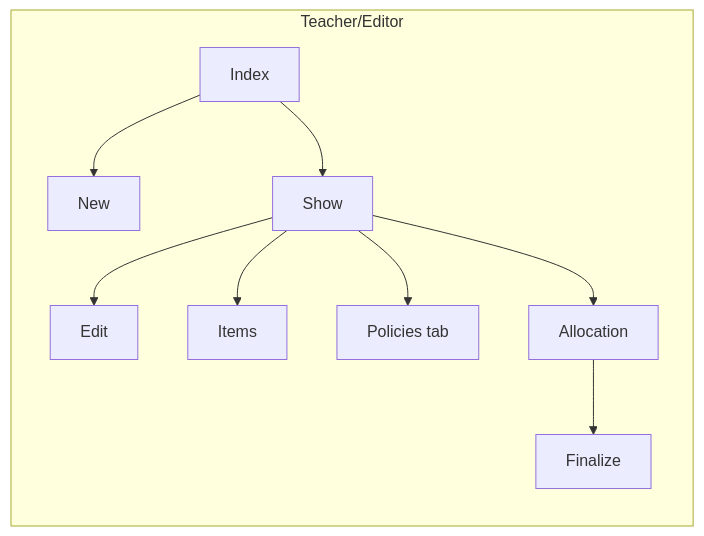
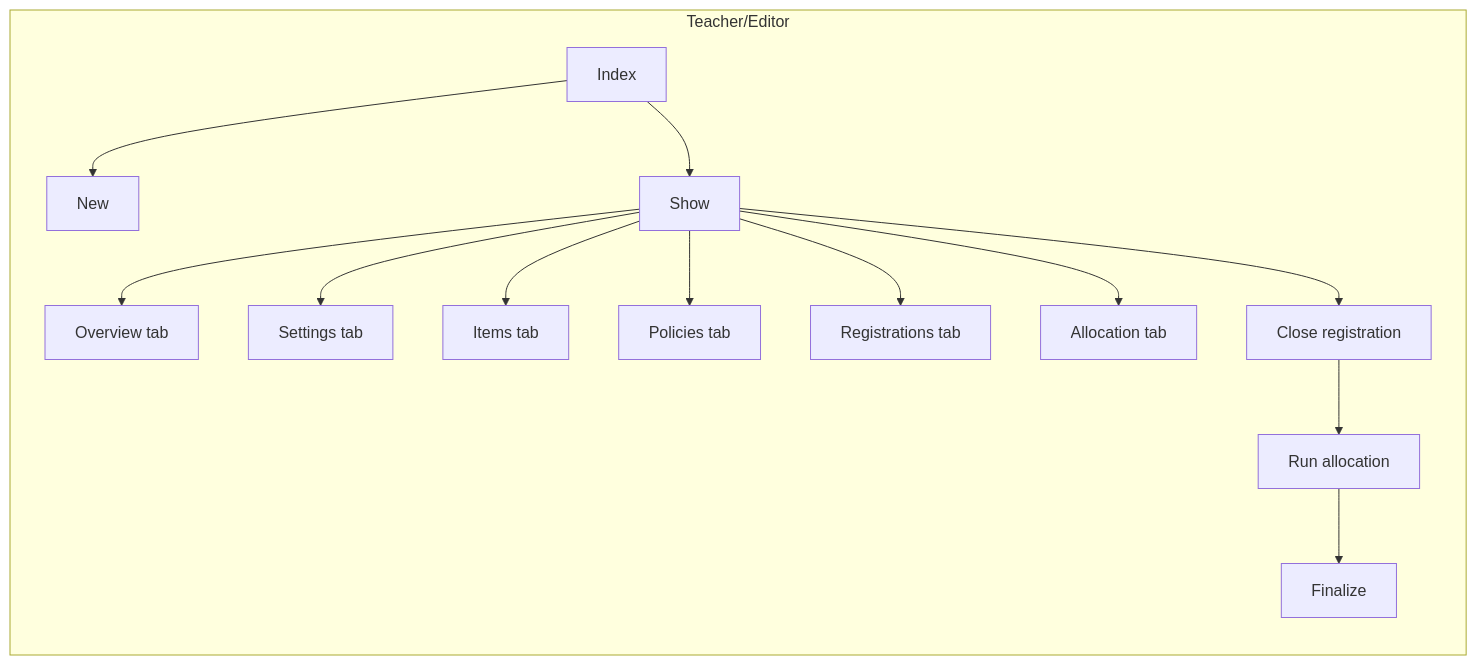
The first of 6 diagrams in architecture/src/features/12-views.md (MaMpf-HD/mampf), drawn with Mermaid before and after one commit. The commit also changed other lines of this file and 8 other files, not shown here.

````diff
--- a/architecture/src/features/12-views.md
+++ b/architecture/src/features/12-views.md
@@ -145,12 +164,16 @@
 ```mermaid
 flowchart LR
   subgraph "Teacher/Editor"
     CIDX[Index] --> CNEW[New]
     CIDX --> CSHW[Show]
-    CSHW --> EDIT[Edit]
-    CSHW --> ITM[Items]
+    CSHW --> OVW[Overview tab]
+    CSHW --> SET[Settings tab]
+    CSHW --> ITM[Items tab]
     CSHW --> POL[Policies tab]
-    CSHW --> ALLOC[Allocation]
+    CSHW --> REGS[Registrations tab]
+    CSHW --> ALLOCT[Allocation tab]
+    CSHW --> CLOSE[Close registration]
+    CLOSE --> ALLOC[Run allocation]
     ALLOC --> FIN[Finalize]
   end
 ```
````
